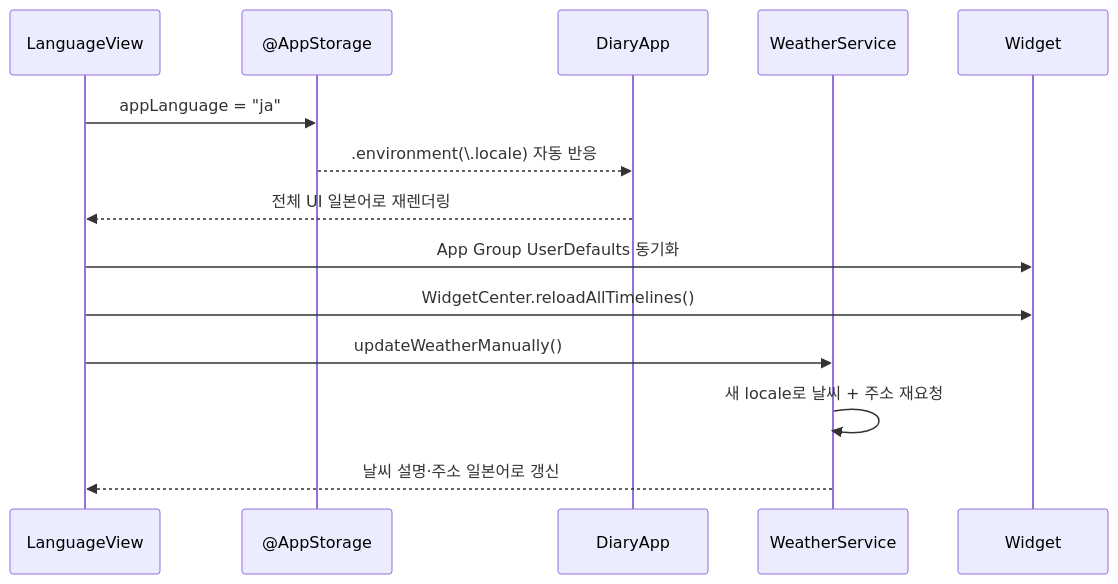
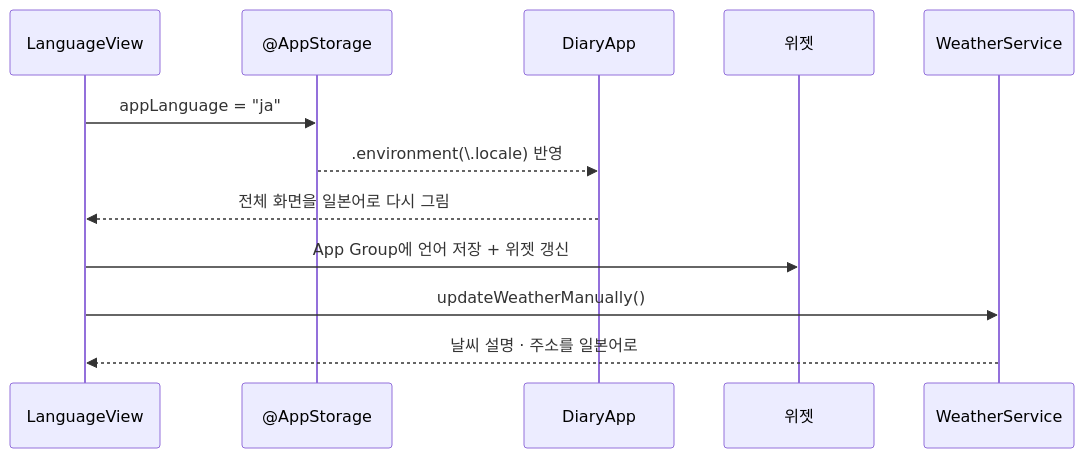
The third of 3 diagrams in README.md (Reimos7/Diary), drawn with Mermaid before and after one commit. The commit also changed other lines of this file, not shown here.

````diff
--- a/README.md
+++ b/README.md
@@ -180,19 +286,15 @@
 ```mermaid
 sequenceDiagram
     participant UI as LanguageView
     participant AS as @AppStorage
-    participant DA as DiaryApp
+    participant App as DiaryApp
+    participant W as 위젯
     participant WS as WeatherService
-    participant WG as Widget
 
     UI->>AS: appLanguage = "ja"
-    AS-->>DA: .environment(\.locale) 자동 반응
-    DA-->>UI: 전체 UI 일본어로 재렌더링
-
-    UI->>WG: App Group UserDefaults 동기화
-    UI->>WG: WidgetCenter.reloadAllTimelines()
-
+    AS-->>App: .environment(\.locale) 반영
+    App-->>UI: 전체 화면을 일본어로 다시 그림
+    UI->>W: App Group에 언어 저장 + 위젯 갱신
     UI->>WS: updateWeatherManually()
-    WS->>WS: 새 locale로 날씨 + 주소 재요청
-    WS-->>UI: 날씨 설명·주소 일본어로 갱신
+    WS-->>UI: 날씨 설명 · 주소를 일본어로
 ```
````
